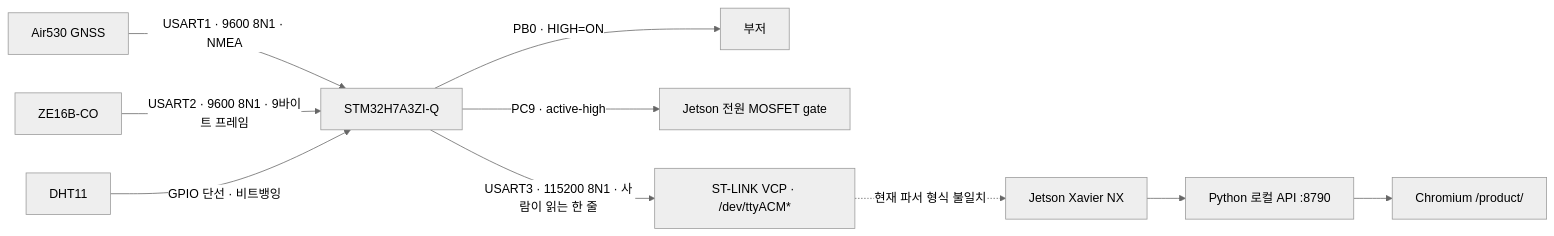
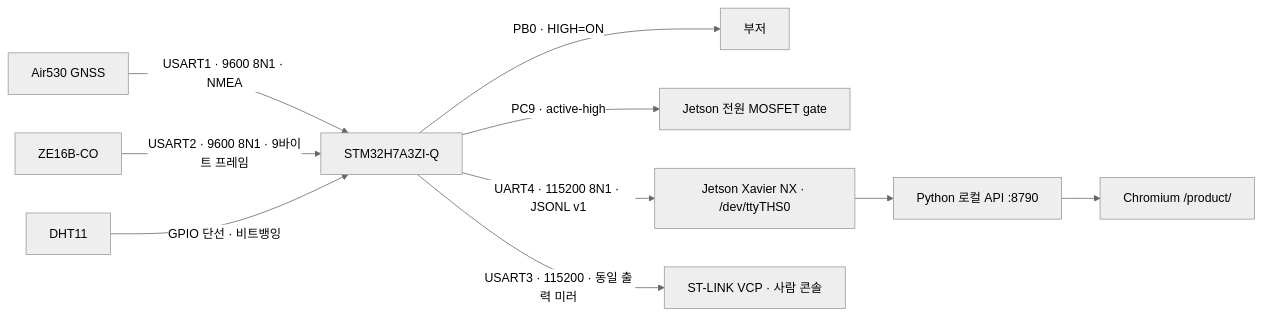
Before and after one commit to 2026-ESW-OGTECH/OGTECH-frontend: the diagram in MAP/STM32_JETSON_SETUP.md, drawn with Mermaid (neutral theme). The commit also changed other lines of this file and 23 other files, not shown here.

````diff
--- a/MAP/STM32_JETSON_SETUP.md
+++ b/MAP/STM32_JETSON_SETUP.md
@@ -44,12 +45,12 @@
 ```mermaid
 flowchart LR
   GPS["Air530 GNSS"] -->|"USART1 · 9600 8N1 · NMEA"| STM["STM32H7A3ZI-Q"]
   CO["ZE16B-CO"] -->|"USART2 · 9600 8N1 · 9바이트 프레임"| STM
   DHT["DHT11"] -->|"GPIO 단선 · 비트뱅잉"| STM
   STM -->|"PB0 · HIGH=ON"| BUZ["부저"]
   STM -->|"PC9 · active-high"| GATE["Jetson 전원 MOSFET gate"]
-  STM -->|"USART3 · 115200 8N1 · 사람이 읽는 한 줄"| VCP["ST-LINK VCP · /dev/ttyACM*"]
-  VCP -. "현재 파서 형식 불일치" .-> JETSON["Jetson Xavier NX"]
+  STM -->|"UART4 · 115200 8N1 · JSONL v1"| JETSON["Jetson Xavier NX · /dev/ttyTHS0"]
+  STM -->|"USART3 · 115200 · 동일 출력 미러"| VCP["ST-LINK VCP · 사람 콘솔"]
   JETSON --> API["Python 로컬 API :8790"]
   API --> UI["Chromium /product/"]
 ```
````
